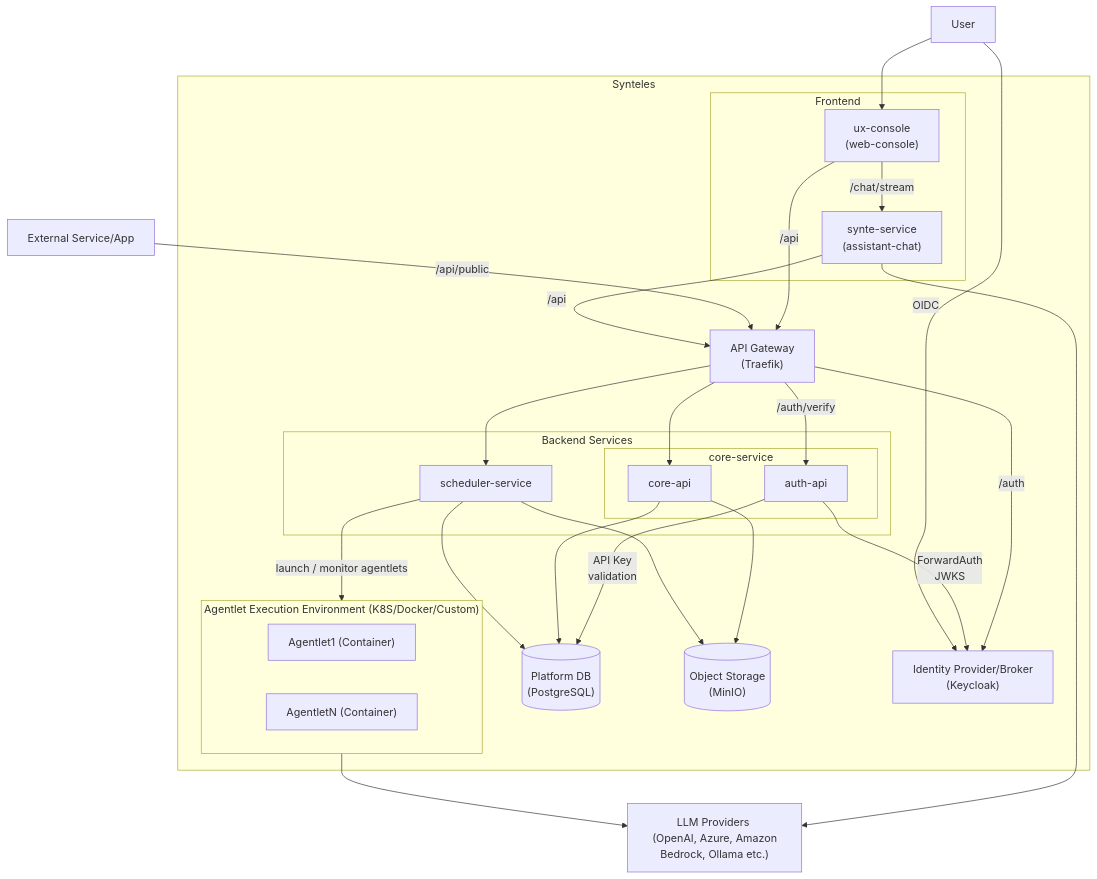
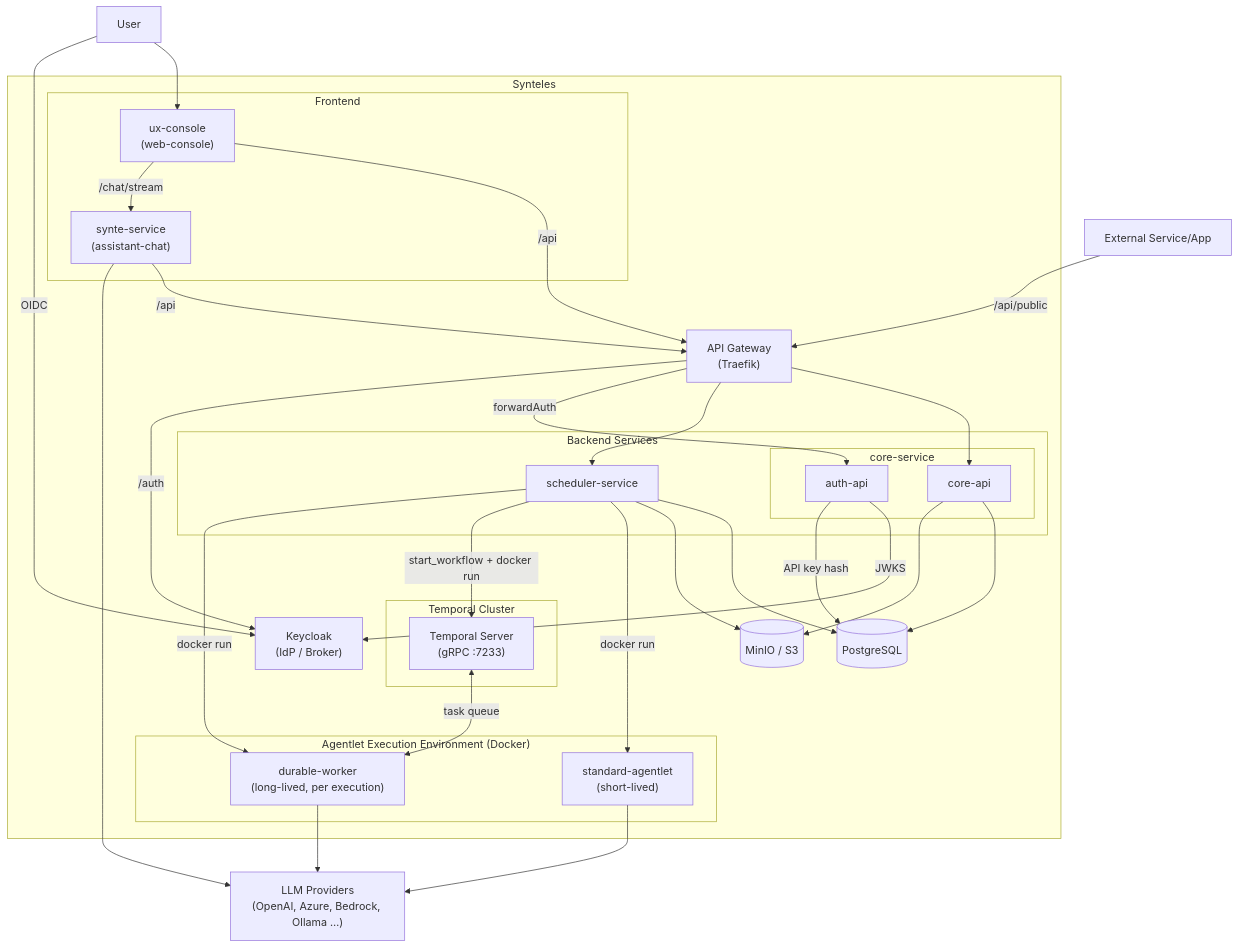
Before and after one commit to Synteles/synteles: the first of 2 diagrams in docs/architecture.md, drawn with Mermaid. The commit also changed other lines of this file and 90 other files, not shown here.

First line of the commit message:
feat: durable execution via Temporal — AgentWorkflow, HITL signal bridge, DB refactor (#43)

````diff
--- a/docs/architecture.md
+++ b/docs/architecture.md
@@ -30,58 +32,62 @@
-```mermaid  
+```mermaid
 graph TB
     User["User"]
     Service["External Service/App"]
+    LLM["LLM Providers\n(OpenAI, Azure, Bedrock, Ollama …)"]
 
     subgraph Stack["Synteles"]
 
         subgraph Frontend["Frontend"]
-            UX["ux-console </br> (web-console)"]
-            Synte["synte-service </br> (assistant-chat)"]
+            UX["ux-console\n(web-console)"]
+            Synte["synte-service\n(assistant-chat)"]
         end
 
-        Traefik["API Gateway </br> (Traefik)"]
+        Traefik["API Gateway\n(Traefik)"]
 
         subgraph Backend["Backend Services"]
-            
             subgraph Core["core-service"]
                 CoreService["core-api"]
                 AuthService["auth-api"]
             end
             Scheduler["scheduler-service"]
         end
 
+        PG[("PostgreSQL")]
+        Minio[("MinIO / S3")]
+        KC["Keycloak\n(IdP / Broker)"]
 
-        PG[("Platform DB </br> (PostgreSQL)")]
-        Minio[("Object Storage </br> (MinIO)")]
+        subgraph Temporal["Temporal Cluster"]
+            TServer["Temporal Server\n(gRPC :7233)"]
+        end
 
-        KC["Identity Provider/Broker </br> (Keycloak)"]
-        
-        subgraph EE["Agentlet Execution Environment (K8S/Docker/Custom)"]
-            Agentlet1["Agentlet1 (Container)"]
-            AgentletN["AgentletN (Container)"]
+        subgraph EE["Agentlet Execution Environment (Docker)"]
+            StdContainer["standard-agentlet\n(short-lived)"]
+            DurableWorker["durable-worker\n(long-lived, per execution)"]
         end
 
     end
-
-    LLM["LLM Providers </br> (OpenAI, Azure, Amazon Bedrock, Ollama etc.)"]
 
     User --> UX
     UX -->|"/api"| Traefik
     UX -->|"/chat/stream"| Synte
     Service -->|"/api/public"| Traefik
     Traefik --> CoreService
     Traefik --> Scheduler
-    Traefik -->|"/auth/verify"| AuthService
+    Traefik -->|"forwardAuth"| AuthService
     Traefik -->|"/auth"| KC
-    AuthService -->|"ForwardAuth </br> JWKS"| KC
-    AuthService -->|"API Key </br> validation"| PG
+    AuthService -->|"JWKS"| KC
+    AuthService -->|"API key hash"| PG
     Synte -->|"/api"| Traefik
     CoreService --> PG
     CoreService --> Minio
     Scheduler --> PG
     Scheduler --> Minio
-    Scheduler -->|"launch / monitor agentlets"| EE
-    EE --> LLM
+    Scheduler -->|"docker run"| StdContainer
+    Scheduler -->|"start_workflow + docker run"| TServer
+    Scheduler -->|"docker run"| DurableWorker
+    TServer <-->|"task queue"| DurableWorker
+    StdContainer --> LLM
+    DurableWorker --> LLM
     Synte --> LLM
     User -->|"OIDC"| KC
 ```
````
